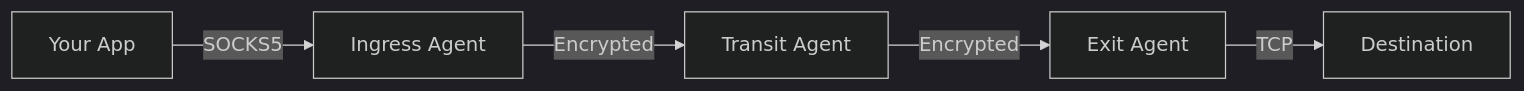
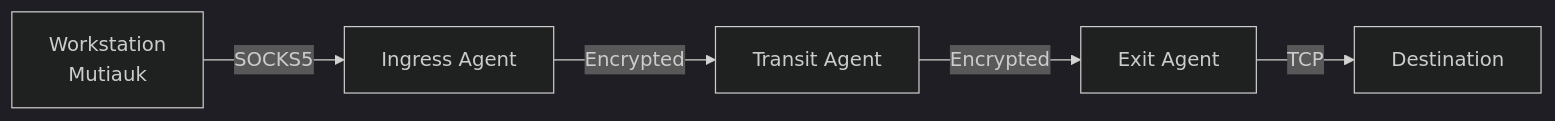
The first of 2 diagrams in docs/docs/concepts/agent-roles.md (Muti-Metroo/Muti-Metroo), drawn with Mermaid (dark theme) before and after one commit. The commit also changed other lines of this file and 36 other files, not shown here.

````diff
--- a/docs/docs/concepts/agent-roles.md
+++ b/docs/docs/concepts/agent-roles.md
@@ -23,7 +23,7 @@
 ```mermaid
 flowchart LR
-    Client[Your App] -->|SOCKS5| Ingress[Ingress Agent]
+    Client[Workstation<br/>Mutiauk] -->|SOCKS5| Ingress[Ingress Agent]
     Ingress -->|Encrypted| Transit[Transit Agent]
     Transit -->|Encrypted| Exit[Exit Agent]
     Exit -->|TCP| Server[Destination]
 ```
````
